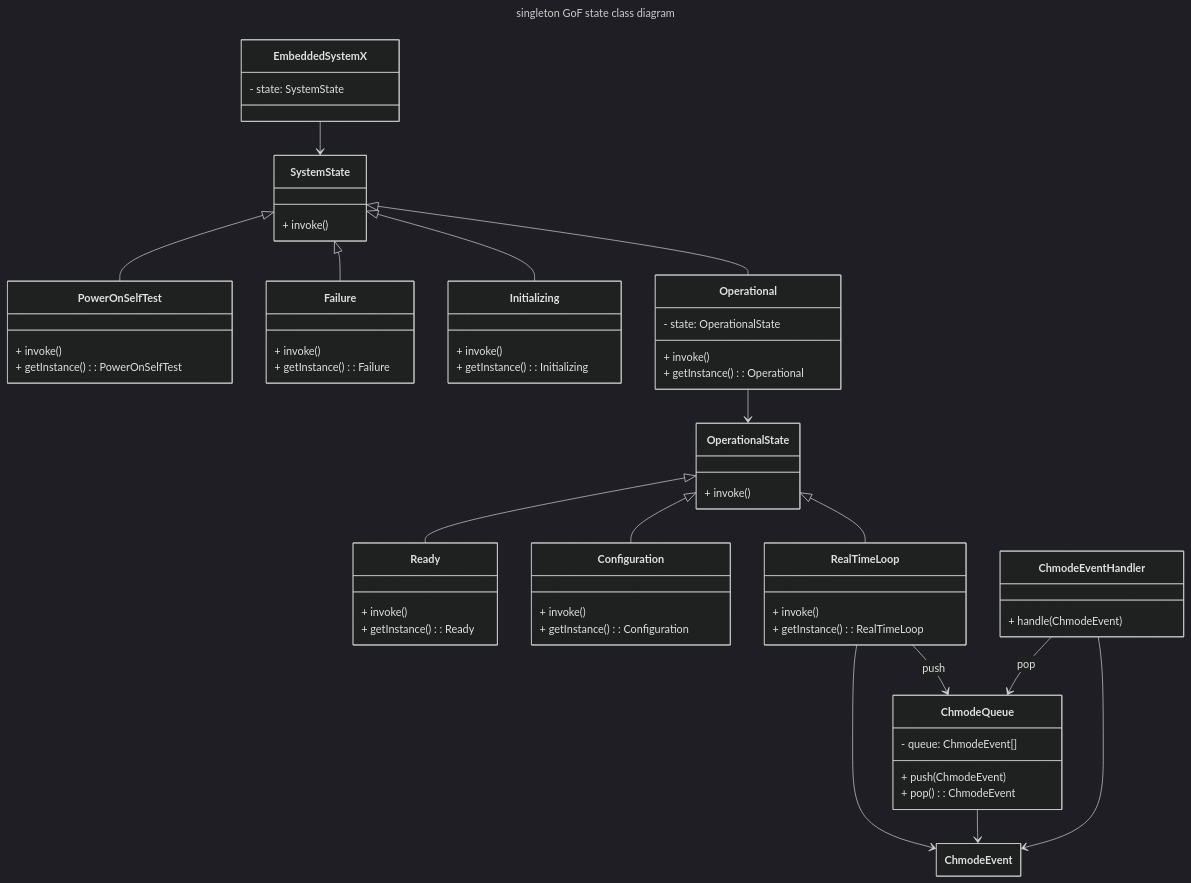
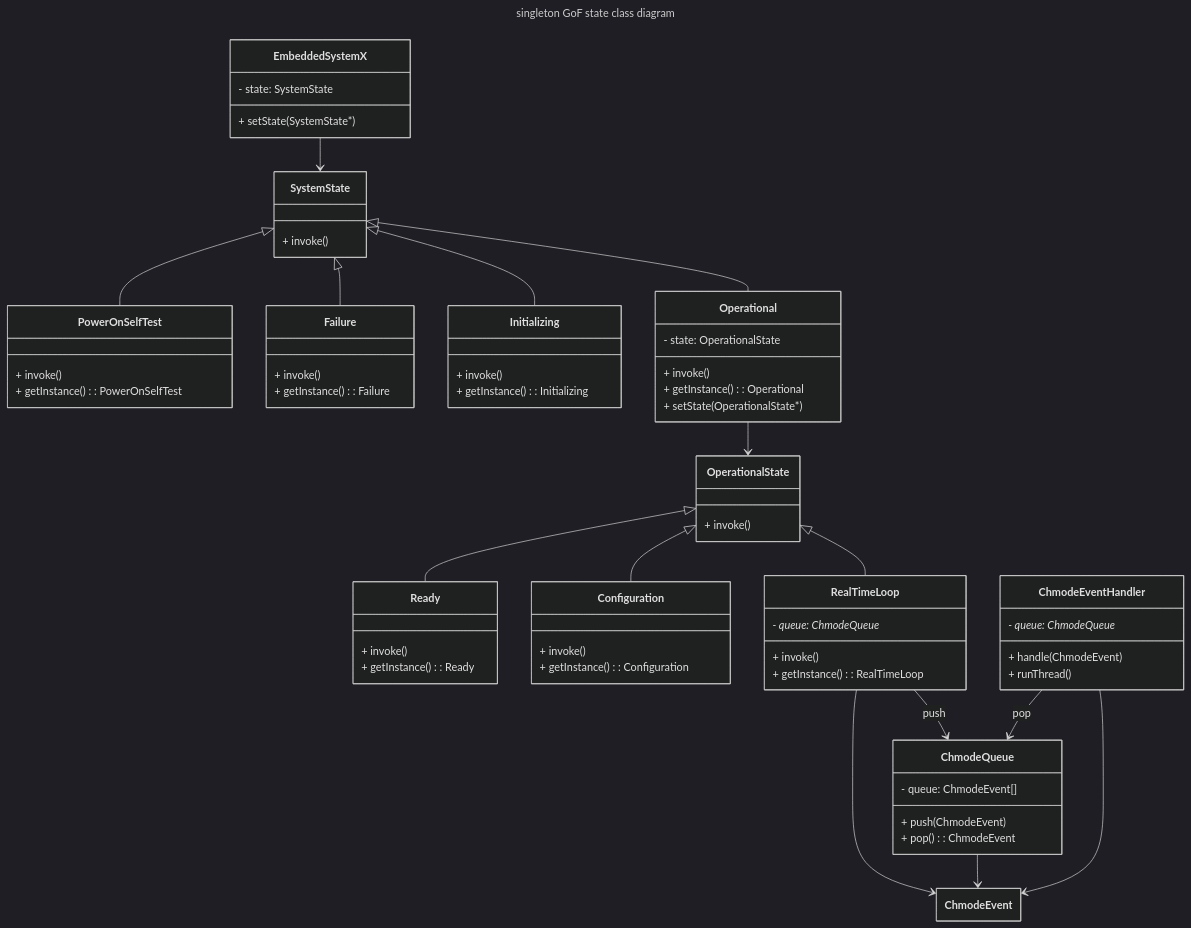
The diagram in a-3/docs.md (Junale/erts-a1), drawn with Mermaid (dark theme) before and after one commit. The commit also changed 16 other files, not shown here.

```diff
--- a/a-3/docs.md
+++ b/a-3/docs.md
@@ -3,11 +3,12 @@
 config:
   class:
     hideEmptyMembersBox: true
-title: singleton GoF state  class diagram 
+title: singleton GoF state  class diagram
 ---
 classDiagram
     class EmbeddedSystemX{
         - state: SystemState
+        + setState(SystemState*)
     }
 
     EmbeddedSystemX --> SystemState
@@ -37,6 +38,7 @@
         - state: OperationalState
         + invoke()
         + getInstance(): Operational
+        + setState(OperationalState*)
     }
 
     Operational --> OperationalState
@@ -60,6 +62,7 @@
         + getInstance(): Configuration
     }
     class RealTimeLoop {
+        - queue: ChmodeQueue*
         + invoke()
         + getInstance(): RealTimeLoop
     }
@@ -82,9 +85,11 @@
 
     ChmodeEventHandler --> ChmodeEvent
     ChmodeEventHandler --> ChmodeQueue : pop
-    
+
     class ChmodeEventHandler {
+        - queue: ChmodeQueue*
         + handle(ChmodeEvent)
+        + runThread()
     }
 
 
```
